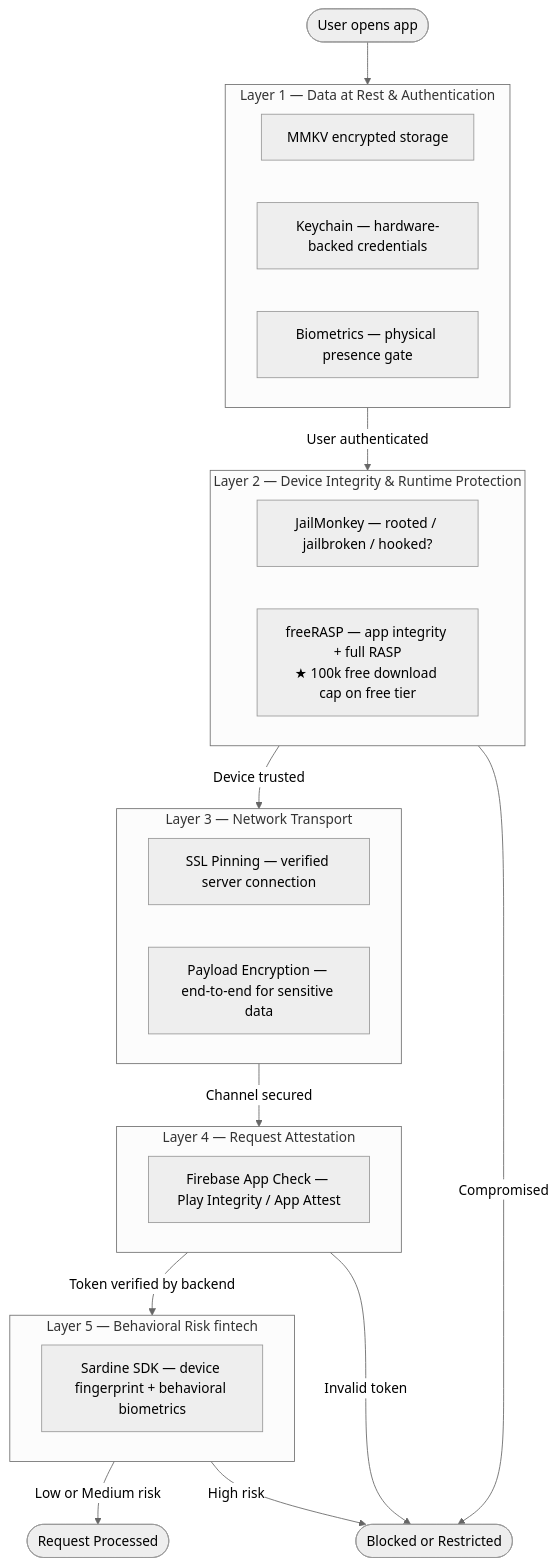
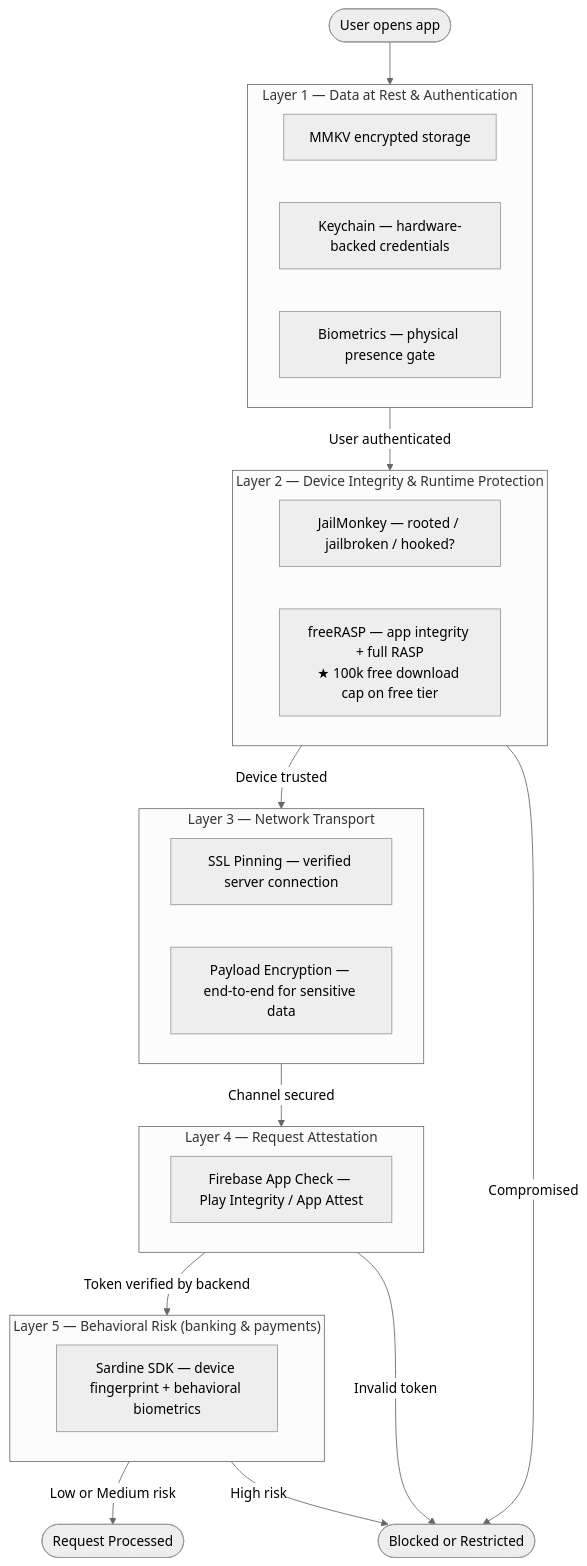
Before and after one commit to rohan3342/mobile-engineering-hub: diagram 22 of 23 in docs/security/01-rn-security-defense-in-depth.md, drawn with Mermaid (neutral theme). The commit also changed other lines of this file and 4 other files, not shown here.

First line of the commit message:
Merge pull request #1 from rohan3342/auth-architecture

````diff
--- a/docs/security/01-rn-security-defense-in-depth.md
+++ b/docs/security/01-rn-security-defense-in-depth.md
@@ -2164,49 +2164,49 @@
 ```mermaid
 flowchart TD
    START([User opens app])
 
    START --> LAYER1
 
    subgraph LAYER1["Layer 1 — Data at Rest & Authentication"]
        direction LR
        L1A[MMKV encrypted storage]
        L1B[Keychain — hardware-backed credentials]
        L1C[Biometrics — physical presence gate]
    end
 
    LAYER1 -->|User authenticated| LAYER2
 
    subgraph LAYER2["Layer 2 — Device Integrity & Runtime Protection"]
        direction LR
        L2A[JailMonkey — rooted / jailbroken / hooked?]
        L2B["freeRASP — app integrity + full RASP\n★ 100k free download cap on free tier"]
    end
 
    LAYER2 -->|Device trusted| LAYER3
    LAYER2 -->|Compromised| BLOCKED
 
    subgraph LAYER3["Layer 3 — Network Transport"]
        direction LR
        L3A[SSL Pinning — verified server connection]
        L3B[Payload Encryption — end-to-end for sensitive data]
    end
 
    LAYER3 -->|Channel secured| LAYER4
 
    subgraph LAYER4["Layer 4 — Request Attestation"]
        L4[Firebase App Check — Play Integrity / App Attest]
    end
 
    LAYER4 -->|Token verified by backend| LAYER5
    LAYER4 -->|Invalid token| BLOCKED
 
-   subgraph LAYER5["Layer 5 — Behavioral Risk  fintech "]
+   subgraph LAYER5["Layer 5 — Behavioral Risk (banking & payments) "]
        L5[Sardine SDK — device fingerprint + behavioral biometrics]
    end
 
    LAYER5 -->|Low or Medium risk| SUCCESS
    LAYER5 -->|High risk| BLOCKED
 
    SUCCESS([Request Processed])
    BLOCKED([Blocked or Restricted])
 ```
````
